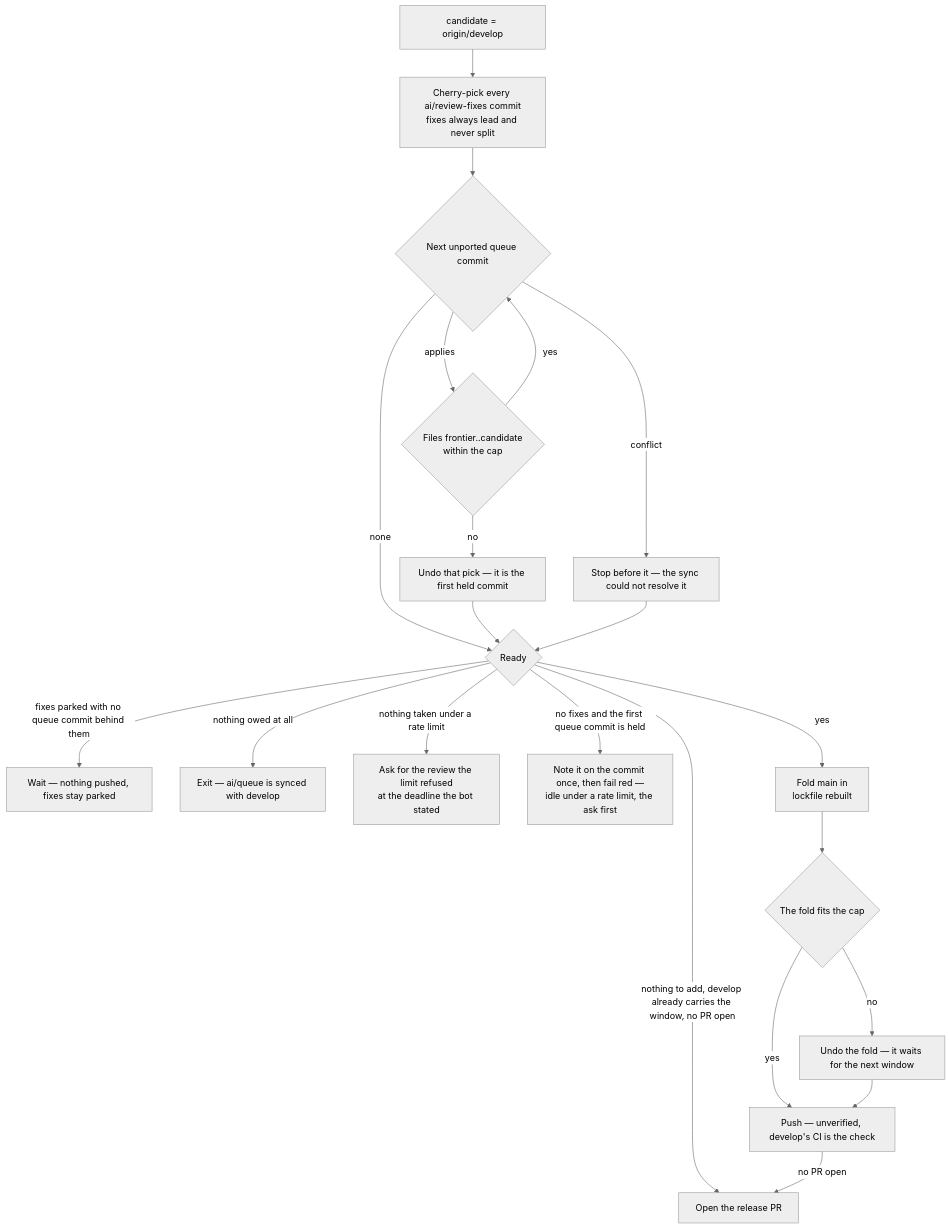
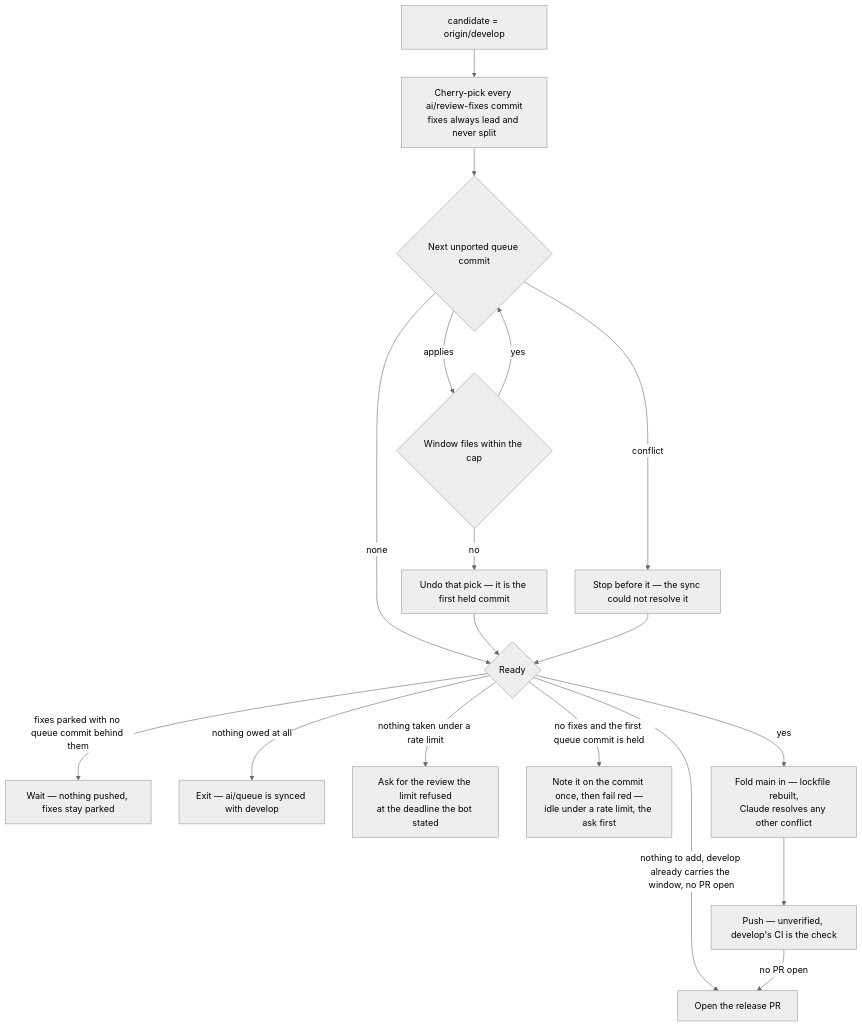
One commit to Esposter/Esposter changed the fourth of 4 diagrams in apps/web/content/docs/infra/review-collector/collection-cycle.md. Above: the diagram before and after it, drawn with Mermaid (neutral theme). The commit also changed other lines of this file and 68 other files, not shown here.

First line of the commit message:
feat(coderabbit): the collector never waits on a person — a release verdict, a reshaper for over-cap commits, and an express lane admitted by claim

````diff
--- a/apps/web/content/docs/infra/review-collector/collection-cycle.md
+++ b/apps/web/content/docs/infra/review-collector/collection-cycle.md
@@ -106,21 +119,19 @@
 ```mermaid
 flowchart TD
   C[candidate = origin/develop] --> FX[Cherry-pick every ai/review-fixes commit<br/>fixes always lead and never split]
   FX --> Q{Next unported queue commit}
   Q -->|none| RD
   Q -->|conflict| H[Stop before it — the sync could not resolve it]
-  Q -->|applies| M{Files frontier..candidate<br/>within the cap}
+  Q -->|applies| M{Window files within the cap}
   M -->|yes| Q
   M -->|no| U[Undo that pick — it is the first held commit]
   U --> RD
   H --> RD{Ready}
   RD -->|fixes parked with no queue commit behind them| W[Wait — nothing pushed, fixes stay parked]
   RD -->|nothing owed at all| N[Exit — ai/queue is synced with develop]
   RD -->|nothing taken under a rate limit| AK[Ask for the review the limit refused<br/>at the deadline the bot stated]
   RD -->|no fixes and the first queue commit is held| F[Note it on the commit once, then fail red —<br/>idle under a rate limit, the ask first]
   RD -->|nothing to add, develop already carries the window, no PR open| OP[Open the release PR]
-  RD -->|yes| FM[Fold main in<br/>lockfile rebuilt] --> FC{The fold fits the cap}
-  FC -->|yes| P[Push — unverified, develop's CI is the check]
-  FC -->|no| UF[Undo the fold — it waits for the next window] --> P
+  RD -->|yes| FM[Fold main in — lockfile rebuilt,<br/>Claude resolves any other conflict] --> P[Push — unverified, develop's CI is the check]
   P -->|no PR open| OP
 ```
````
